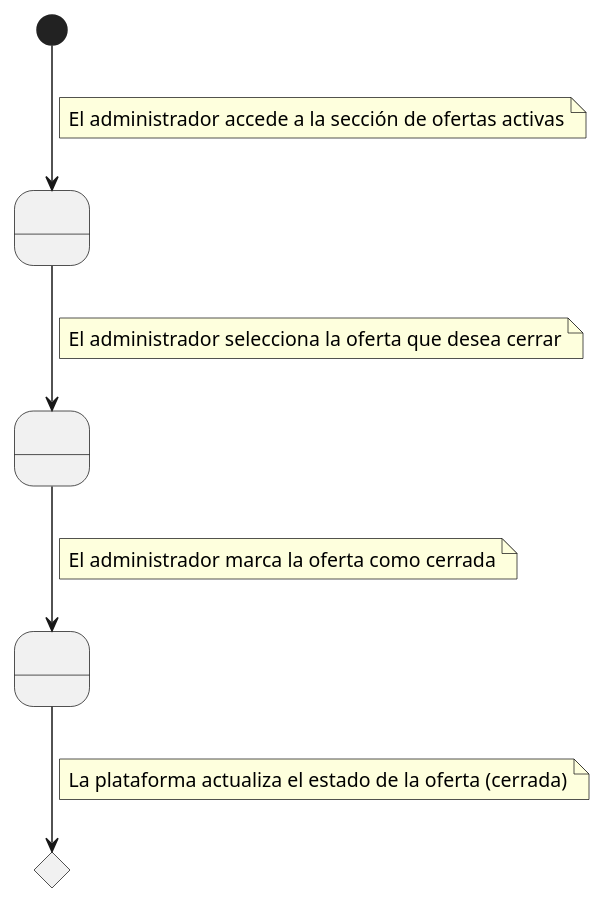
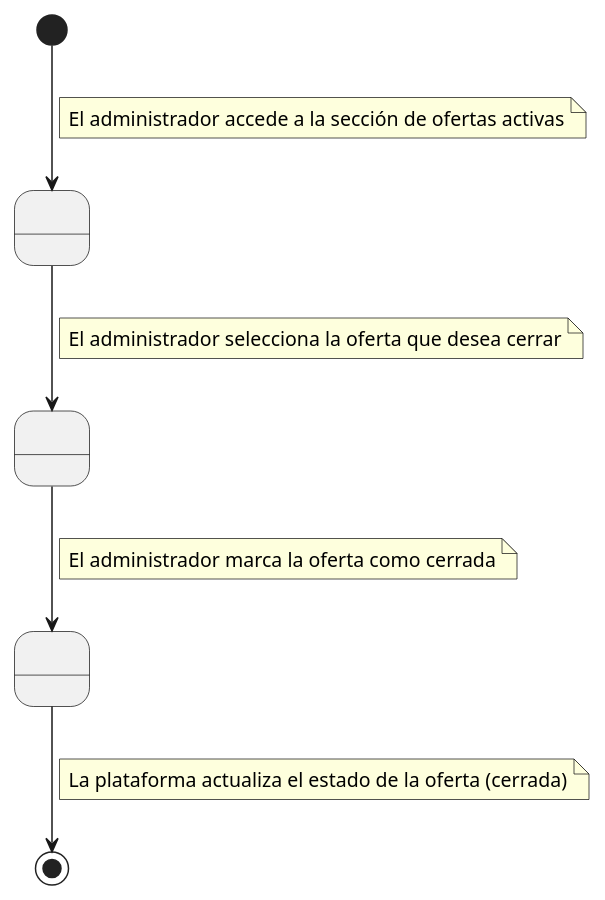
Before and after one commit to mmasias/24-25-IdSw1-SDR: the diagram in modelosUML/CasosDeUso/diagramas/DiagramasDetalllar/cerrarOferta.puml, drawn with PlantUML. The commit also changed 15 other files, not shown here.

```diff
--- a/modelosUML/CasosDeUso/diagramas/DiagramasDetalllar/cerrarOferta.puml
+++ b/modelosUML/CasosDeUso/diagramas/DiagramasDetalllar/cerrarOferta.puml
@@ -1,24 +1,22 @@
 @startuml
 state " " as Estado1
 state " " as Estado2
 state " " as Estado3
-
-state Condicion1 <<choice>>
 
 [*] --> Estado1
     note on link
         El administrador accede a la sección de ofertas activas
     end note
 Estado1 --> Estado2
     note on link
         El administrador selecciona la oferta que desea cerrar
     end note
 Estado2 --> Estado3
     note on link
         El administrador marca la oferta como cerrada
     end note
-Estado3 --> Condicion1
+Estado3 --> [*]
     note on link
         La plataforma actualiza el estado de la oferta (cerrada)
     end note
 @enduml
```
